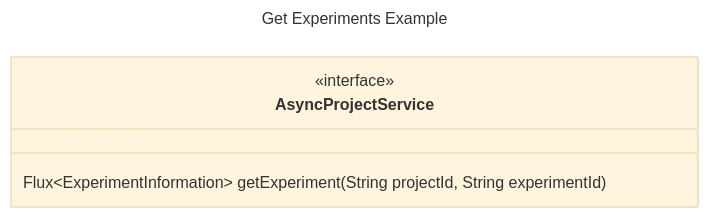
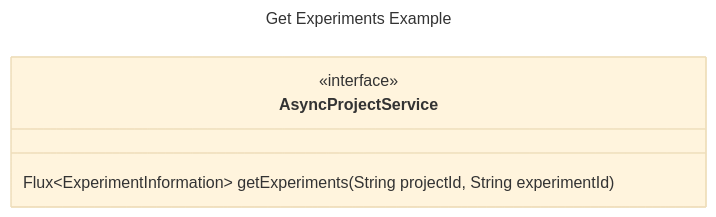
One commit to qbicsoftware/data-manager-app changed the sixth of 8 diagrams in service_api.md. Above: the diagram before and after it, drawn with Mermaid (base theme). The commit also changed other lines of this file, not shown here.

````diff
--- a/service_api.md
+++ b/service_api.md
@@ -152,10 +152,10 @@
 ```mermaid
 ---
 title: Get Experiments Example
 ---
 classDiagram
     class AsyncProjectService {
-        Flux~ExperimentInformation~ getExperiment(String projectId, String experimentId)
+        Flux~ExperimentInformation~ getExperiments(String projectId, String experimentId)
     }
     <<interface>> AsyncProjectService
 ```
````
